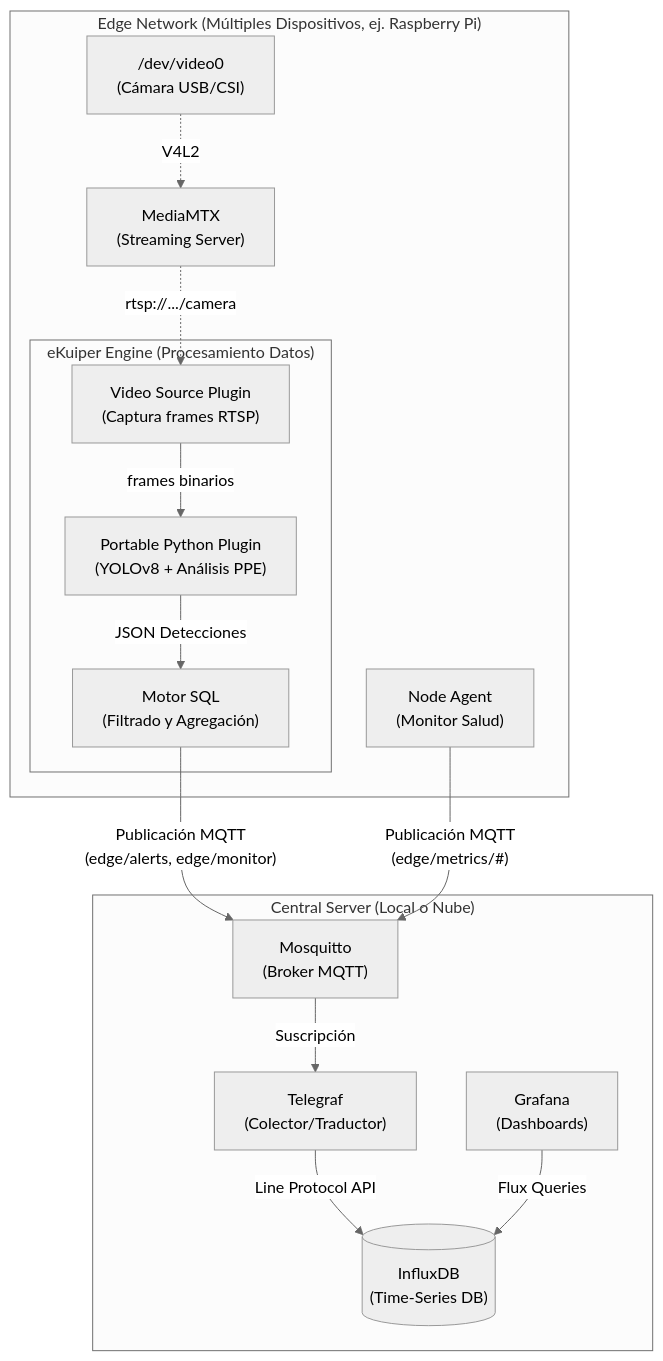
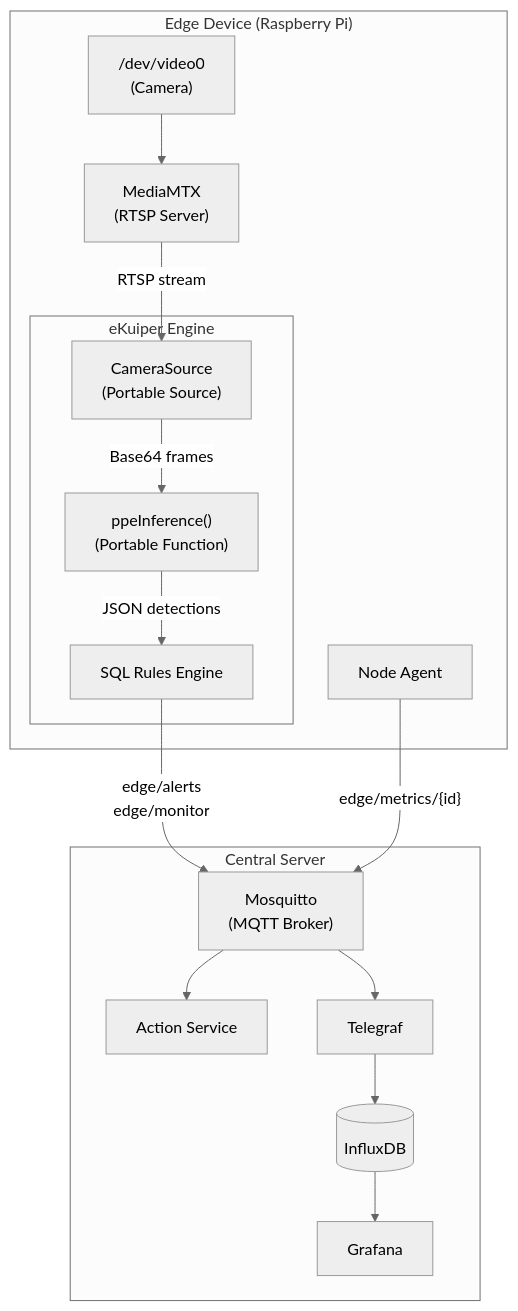
The diagram in docs/architecture.md (jorghee/edge-vision-system), drawn with Mermaid (neutral theme) before and after one commit. The commit also changed other lines of this file and 4 other files, not shown here.

````diff
--- a/docs/architecture.md
+++ b/docs/architecture.md
@@ -11,33 +17,28 @@
 ```mermaid
 graph TD
-    subgraph "Edge Network (Múltiples Dispositivos, ej. Raspberry Pi)"
-        CAM["/dev/video0<br/>(Cámara USB/CSI)"] -.->|"V4L2"| MMTX["MediaMTX<br/>(Streaming Server)"]
-        
-        subgraph "eKuiper Engine (Procesamiento Datos)"
-            VS["Video Source Plugin<br/>(Captura frames RTSP)"]
-            PP["Portable Python Plugin<br/>(YOLOv8 + Análisis PPE)"]
-            SQL["Motor SQL<br/>(Filtrado y Agregación)"]
-            
-            VS -->|"frames binarios"| PP
-            PP -->|"JSON Detecciones"| SQL
+    subgraph "Edge Device (Raspberry Pi)"
+        CAM["/dev/video0\n(Camera)"] --> MTX["MediaMTX\n(RTSP Server)"]
+        MTX -->|"RTSP stream"| EK_SRC["CameraSource\n(Portable Source)"]
+
+        subgraph EK["eKuiper Engine"]
+            EK_SRC -->|"Base64 frames"| EK_FN["ppeInference()\n(Portable Function)"]
+            EK_FN -->|"JSON detections"| EK_SQL["SQL Rules Engine"]
         end
-        
-        MMTX -.->|"rtsp://.../camera"| VS
-        
-        NA["Node Agent<br/>(Monitor Salud)"]
+
+        NA["Node Agent"]
     end
 
-    subgraph "Central Server (Local o Nube)"
-        MQTT["Mosquitto<br/>(Broker MQTT)"]
-        TLG["Telegraf<br/>(Colector/Traductor)"]
-        DB[("InfluxDB<br/>(Time-Series DB)")]
-        GF["Grafana<br/>(Dashboards)"]
-        
-        MQTT -->|"Suscripción"| TLG
-        TLG -->|"Line Protocol API"| DB
-        GF -->|"Flux Queries"| DB
+    subgraph "Central Server"
+        MQTT["Mosquitto\n(MQTT Broker)"]
+        ACT["Action Service"]
+        TLG["Telegraf"]
+        DB[("InfluxDB")]
+        GF["Grafana"]
+
+        MQTT --> ACT
+        MQTT --> TLG --> DB --> GF
     end
 
-    SQL -->|"Publicación MQTT<br/>(edge/alerts, edge/monitor)"| MQTT
-    NA -->|"Publicación MQTT<br/>(edge/metrics/#)"| MQTT
+    EK_SQL -->|"edge/alerts\nedge/monitor"| MQTT
+    NA -->|"edge/metrics/{id}"| MQTT
 ```
````
